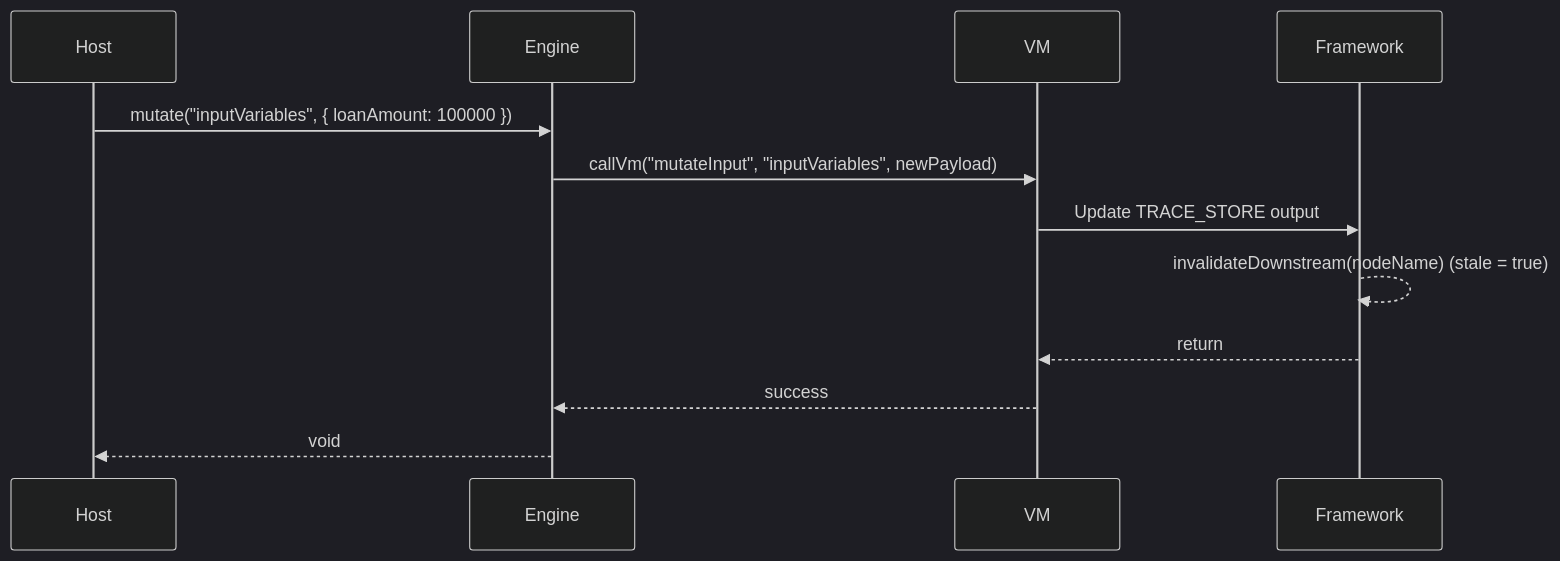
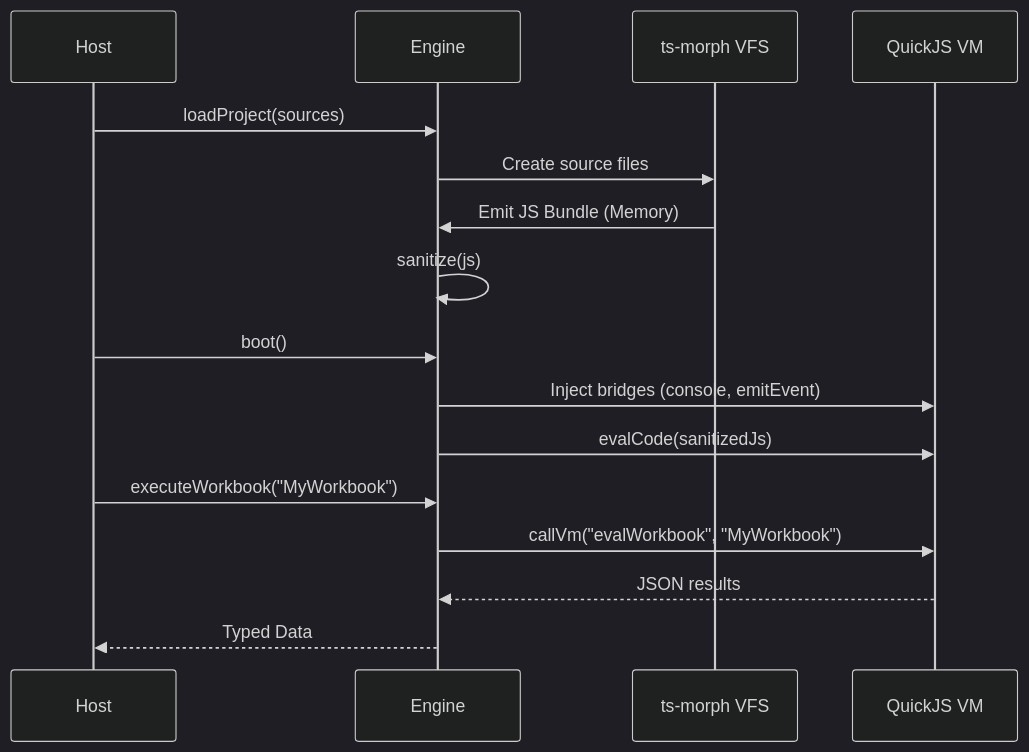
One commit to rimvydasb/open-modeler-bindings changed the second of 2 diagrams in docs/ENGINE_SPEC.md. Above: the diagram before and after it, drawn with Mermaid (dark theme). The commit also changed other lines of this file and 2 other files, not shown here.

````diff
--- a/docs/ENGINE_SPEC.md
+++ b/docs/ENGINE_SPEC.md
@@ -214,14 +51,19 @@
 ```mermaid
 sequenceDiagram
     participant Host
     participant Engine
-    participant VM
-    participant Framework
-    Host ->> Engine: mutate("inputVariables", { loanAmount: 100000 })
-    Engine ->> VM: callVm("mutateInput", "inputVariables", newPayload)
-    VM ->> Framework: Update TRACE_STORE output
-    Framework -->> Framework: invalidateDownstream(nodeName) (stale = true)
-    Framework -->> VM: return
-    VM -->> Engine: success
-    Engine -->> Host: void
+    participant VFS as ts-morph VFS
+    participant VM as QuickJS VM
+
+    Host->>Engine: loadProject(sources)
+    Engine->>VFS: Create source files
+    VFS->>Engine: Emit JS Bundle (Memory)
+    Engine->>Engine: sanitize(js)
+    Host->>Engine: boot()
+    Engine->>VM: Inject bridges (console, emitEvent)
+    Engine->>VM: evalCode(sanitizedJs)
+    Host->>Engine: executeWorkbook("MyWorkbook")
+    Engine->>VM: callVm("evalWorkbook", "MyWorkbook")
+    VM-->>Engine: JSON results
+    Engine-->>Host: Typed Data
 ```
````
